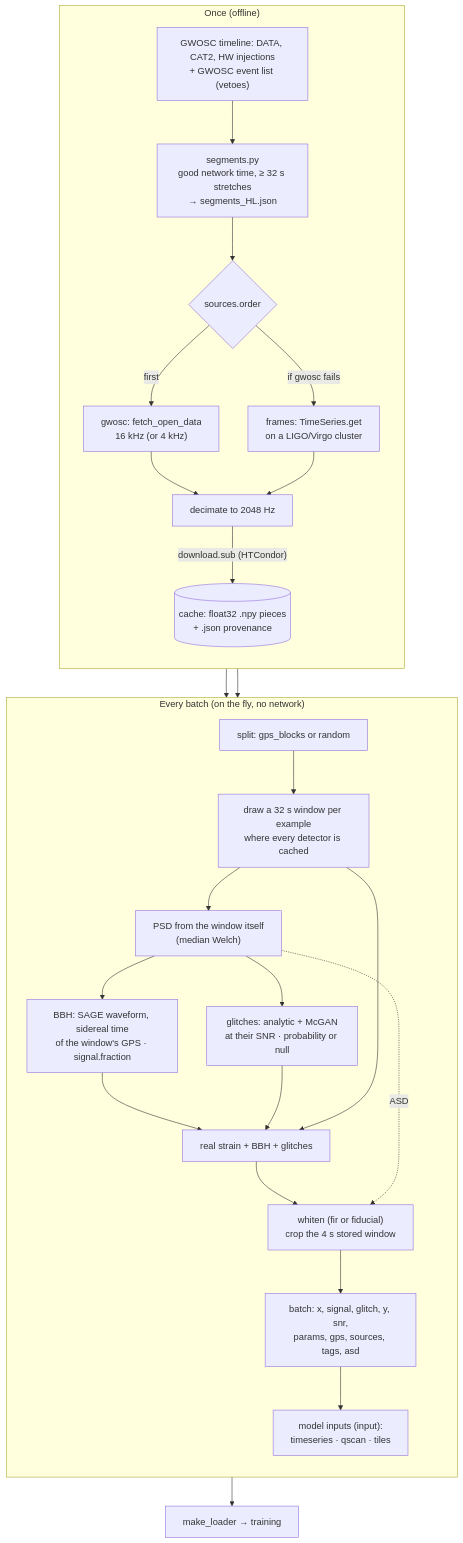
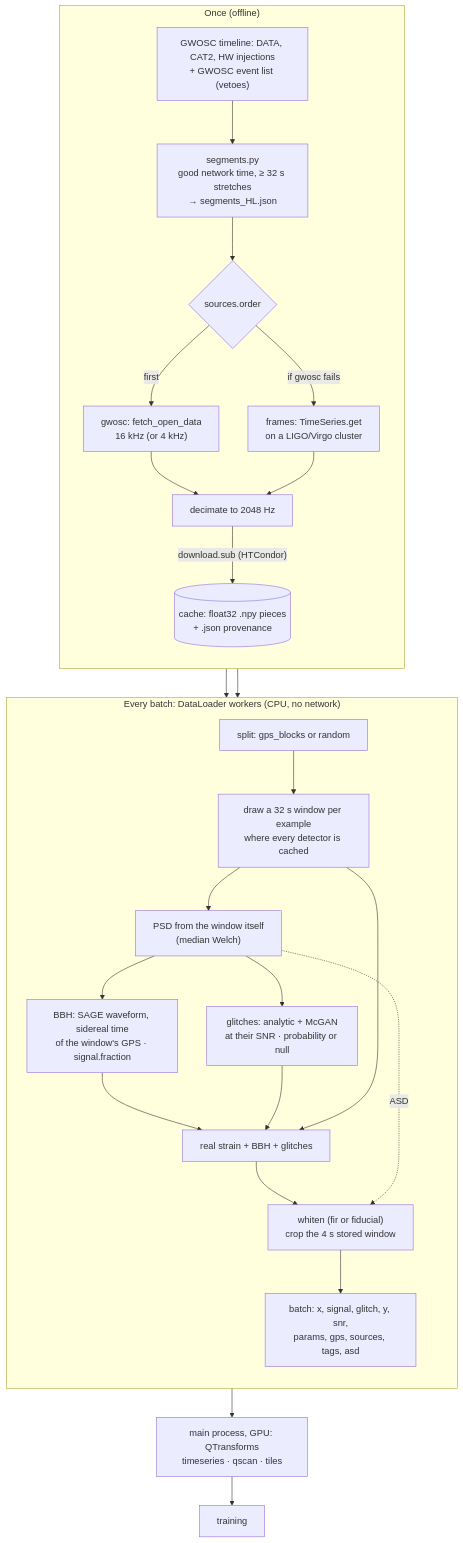
The diagram in eucaif/v3/README.md (MelissaLP/sage), drawn with Mermaid before and after one commit. The commit also changed other lines of this file and 7 other files, not shown here.

First line of the commit message:
Model inputs on the GPU in the main process, not in the DataLoader workers

````diff
--- a/eucaif/v3/README.md
+++ b/eucaif/v3/README.md
@@ -35,40 +35,39 @@
 ```mermaid
 flowchart TD
     subgraph once["Once (offline)"]
         direction TB
         DQ["GWOSC timeline: DATA, CAT2, HW injections<br/>+ GWOSC event list (vetoes)"]
         SEG["segments.py<br/>good network time, ≥ 32 s stretches<br/>→ segments_HL.json"]
         SRC{"sources.order"}
         GW["gwosc: fetch_open_data<br/>16 kHz (or 4 kHz)"]
         FR["frames: TimeSeries.get<br/>on a LIGO/Virgo cluster"]
         DEC["decimate to 2048 Hz"]
         CACHE[("cache: float32 .npy pieces<br/>+ .json provenance")]
         DQ --> SEG --> SRC
         SRC -->|first| GW --> DEC
         SRC -->|if gwosc fails| FR --> DEC
         DEC -->|"download.sub (HTCondor)"| CACHE
     end
 
-    subgraph fly["Every batch (on the fly, no network)"]
+    subgraph fly["Every batch: DataLoader workers (CPU, no network)"]
         direction TB
         SPLIT["split: gps_blocks or random"]
         WIN["draw a 32 s window per example<br/>where every detector is cached"]
         PSD["PSD from the window itself<br/>(median Welch)"]
         BBH["BBH: SAGE waveform, sidereal time<br/>of the window's GPS · signal.fraction"]
         GL["glitches: analytic + McGAN<br/>at their SNR · probability or null"]
         SUM["real strain + BBH + glitches"]
         WH["whiten (fir or fiducial)<br/>crop the 4 s stored window"]
         OUT["batch: x, signal, glitch, y, snr,<br/>params, gps, sources, tags, asd"]
-        INP["model inputs (input):<br/>timeseries · qscan · tiles"]
         SPLIT --> WIN --> PSD
         PSD --> BBH --> SUM
         PSD --> GL --> SUM
         WIN --> SUM
-        SUM --> WH --> OUT --> INP
+        SUM --> WH --> OUT
         PSD -.->|ASD| WH
     end
 
     SEG --> SPLIT
     CACHE --> WIN
-    INP --> TRAIN["make_loader → training"]
+    OUT --> INP["main process, GPU: QTransforms<br/>timeseries · qscan · tiles"] --> TRAIN["training"]
 ```
````
